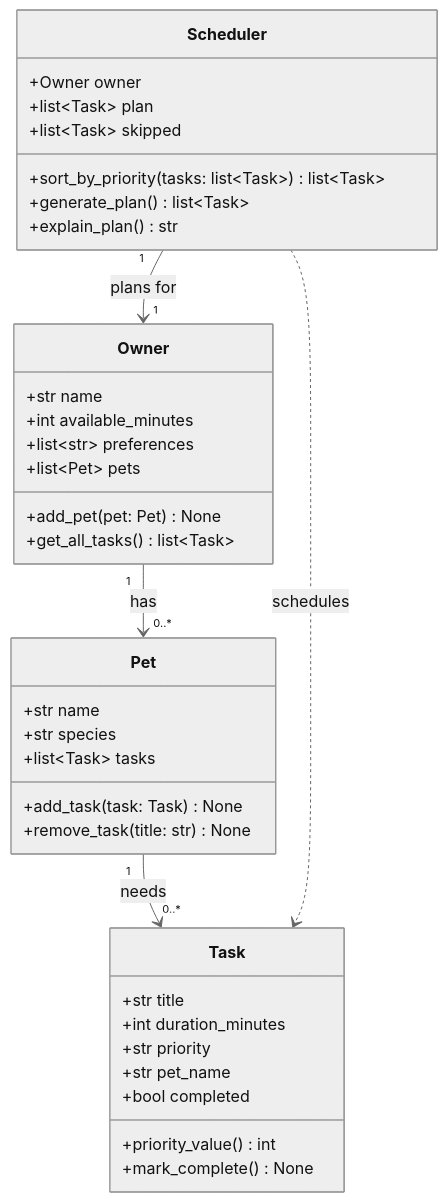
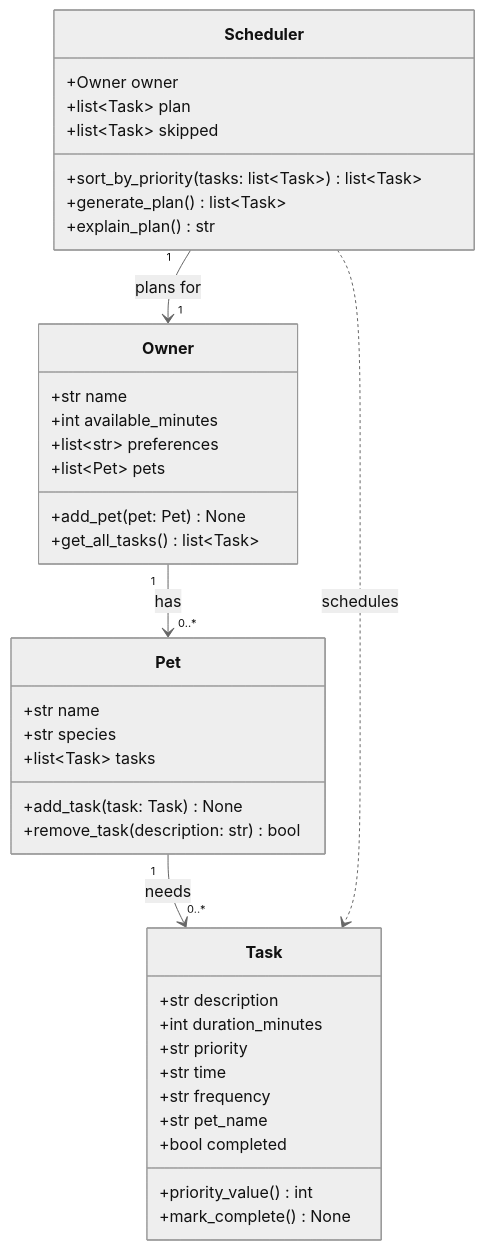
One commit to nnaji-john/ai110-module2show-pawpal-starter changed the diagram in diagrams/uml.mmd. Above: the diagram before and after it, drawn with Mermaid (neutral theme). The commit also changed 5 other files, not shown here.

```diff
--- a/diagrams/uml.mmd
+++ b/diagrams/uml.mmd
@@ -1,43 +1,45 @@
 classDiagram
     %% PawPal+ initial design (draft). Keep this file updated so it matches the final implementation.
 
     class Owner {
         +str name
         +int available_minutes
         +list~str~ preferences
         +list~Pet~ pets
         +add_pet(pet: Pet) None
         +get_all_tasks() list~Task~
     }
 
     class Pet {
         +str name
         +str species
         +list~Task~ tasks
         +add_task(task: Task) None
-        +remove_task(title: str) None
+        +remove_task(description: str) bool
     }
 
     class Task {
-        +str title
+        +str description
         +int duration_minutes
         +str priority
+        +str time
+        +str frequency
         +str pet_name
         +bool completed
         +priority_value() int
         +mark_complete() None
     }
 
     class Scheduler {
         +Owner owner
         +list~Task~ plan
         +list~Task~ skipped
         +sort_by_priority(tasks: list~Task~) list~Task~
         +generate_plan() list~Task~
         +explain_plan() str
     }
 
     Owner "1" --> "0..*" Pet : has
     Pet "1" --> "0..*" Task : needs
     Scheduler "1" --> "1" Owner : plans for
     Scheduler ..> Task : schedules
```
